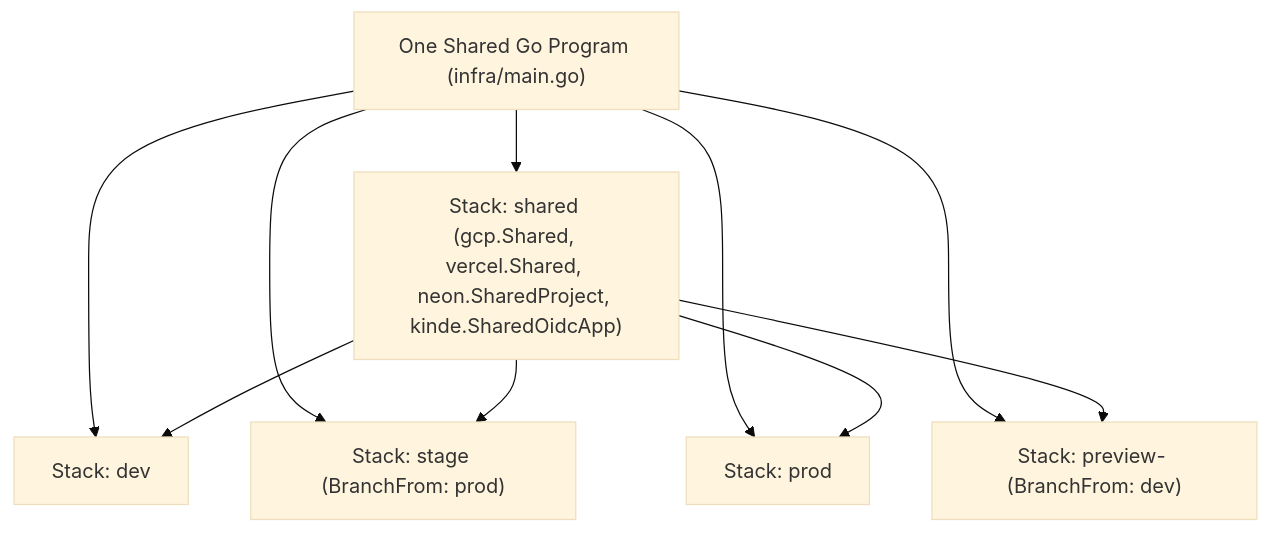
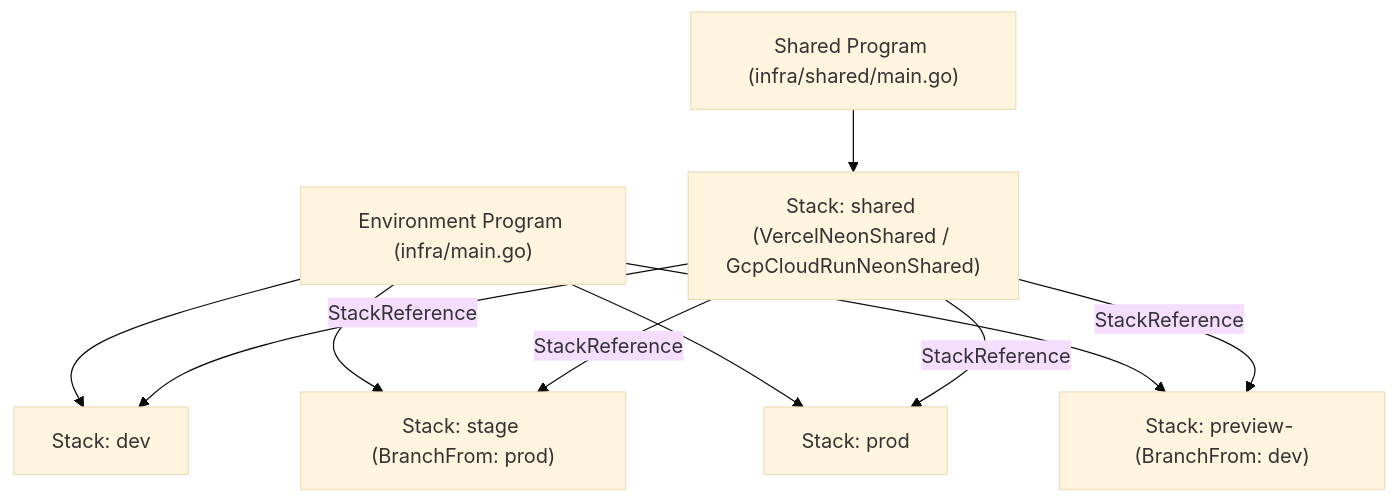
The diagram in docs/user-guide.md (cloudvoyant/openbase), drawn with Mermaid (base theme) before and after one commit. The commit also changed other lines of this file and 34 other files, not shown here.

Commit message:
feat(composite): split shared and env blueprints in Premise layout

````diff
--- a/docs/user-guide.md
+++ b/docs/user-guide.md
@@ -7,12 +7,12 @@
 ```mermaid
 flowchart TD
-    Program["One Shared Go Program (infra/main.go)"] --> Shared["Stack: shared (gcp.Shared, vercel.Shared, neon.SharedProject, kinde.SharedOidcApp)"]
-    Program --> Dev["Stack: dev"]
-    Program --> Stage["Stack: stage (BranchFrom: prod)"]
-    Program --> Prod["Stack: prod"]
-    Program --> Preview["Stack: preview-<slug> (BranchFrom: dev)"]
-    Shared --> Dev
-    Shared --> Stage
-    Shared --> Prod
-    Shared --> Preview
+    SharedProg["Shared Program (infra/shared/main.go)"] --> Shared["Stack: shared (VercelNeonShared / GcpCloudRunNeonShared)"]
+    EnvProg["Environment Program (infra/main.go)"] --> Dev["Stack: dev"]
+    EnvProg --> Stage["Stack: stage (BranchFrom: prod)"]
+    EnvProg --> Prod["Stack: prod"]
+    EnvProg --> Preview["Stack: preview-<slug> (BranchFrom: dev)"]
+    Shared -->|StackReference| Dev
+    Shared -->|StackReference| Stage
+    Shared -->|StackReference| Prod
+    Shared -->|StackReference| Preview
 ```
````
